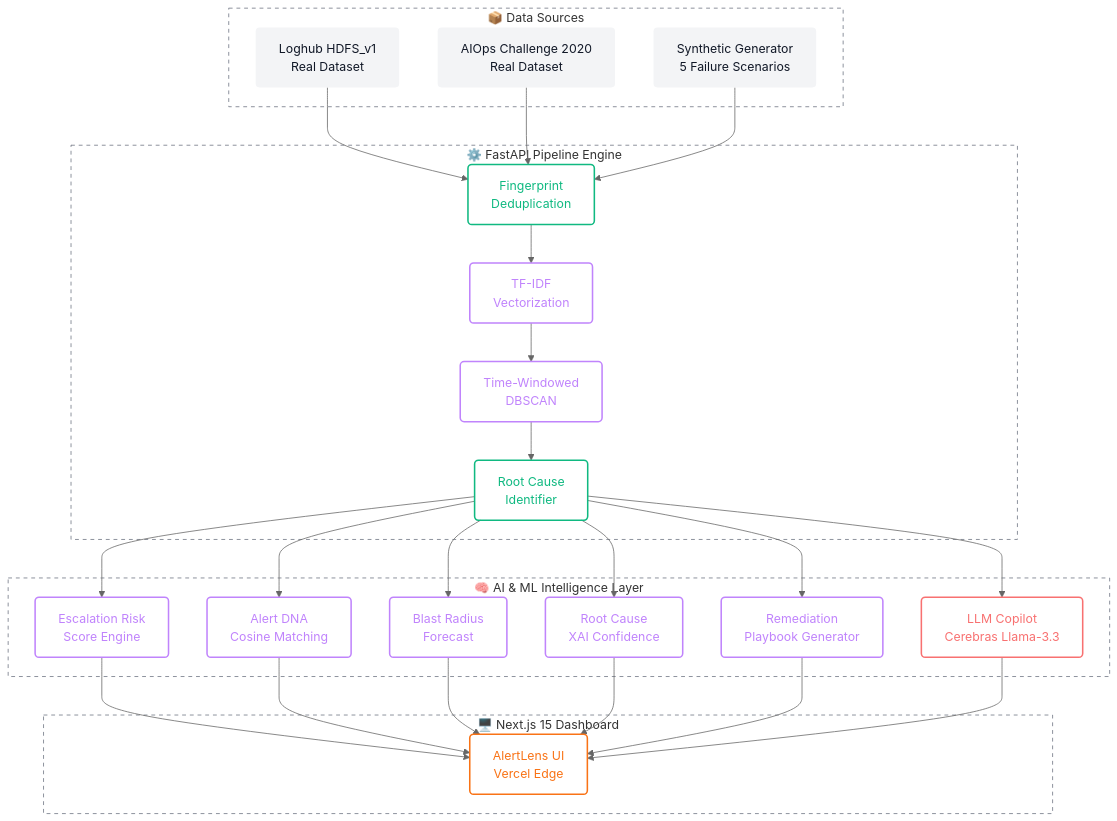
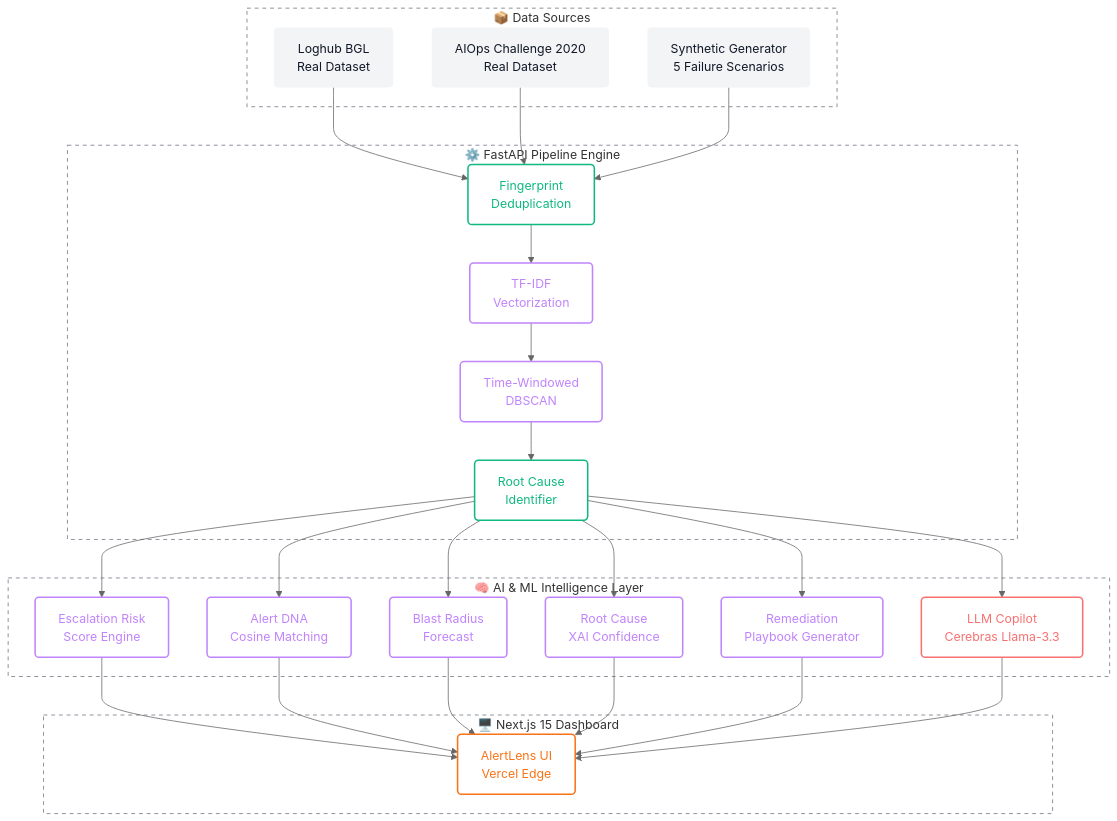
One commit to Aditya0105singh/HPE--HACKATHON-ALERT-CORRELATION-DEDUPLICATION changed the diagram in README.md. Above: the diagram before and after it, drawn with Mermaid (neutral theme). The commit also changed other lines of this file and 10 other files, not shown here.

First line of the commit message:
Remove the Loghub HDFS dataset (superseded by Loghub BGL)

````diff
--- a/README.md
+++ b/README.md
@@ -149,61 +149,61 @@
 ```mermaid
 graph TD
     classDef frontend fill:none,stroke:#f97316,stroke-width:2px,color:#f97316,rx:5,ry:5
     classDef backend fill:none,stroke:#10b981,stroke-width:2px,color:#10b981,rx:5,ry:5
     classDef ml fill:none,stroke:#c084fc,stroke-width:2px,color:#c084fc,rx:5,ry:5
     classDef ai fill:none,stroke:#f87171,stroke-width:2px,color:#f87171,rx:5,ry:5
     classDef external fill:#f3f4f6,stroke:none,color:#111827,rx:5,ry:5
 
     subgraph Data ["📦 Data Sources"]
-        Loghub["Loghub HDFS_v1<br>Real Dataset"]:::external
+        Loghub["Loghub BGL<br>Real Dataset"]:::external
         AIOps["AIOps Challenge 2020<br>Real Dataset"]:::external
         Gen["Synthetic Generator<br>5 Failure Scenarios"]:::external
     end
 
     subgraph Backend ["⚙️ FastAPI Pipeline Engine"]
         Dedup["Fingerprint<br>Deduplication"]:::backend
         Embed["TF-IDF<br>Vectorization"]:::ml
         Cluster["Time-Windowed<br>DBSCAN"]:::ml
         RootCause["Root Cause<br>Identifier"]:::backend
 
         Dedup --> Embed
         Embed --> Cluster
         Cluster --> RootCause
     end
 
     subgraph Intelligence ["🧠 AI & ML Intelligence Layer"]
         RiskScore["Escalation Risk<br>Score Engine"]:::ml
         DNA["Alert DNA<br>Cosine Matching"]:::ml
         Forecast["Blast Radius<br>Forecast"]:::ml
         RCAConfidence["Root Cause<br>XAI Confidence"]:::ml
         Playbook["Remediation<br>Playbook Generator"]:::ml
         Summarizer["LLM Copilot<br>Cerebras Llama-3.3"]:::ai
     end
 
     subgraph Frontend ["🖥️ Next.js 15 Dashboard"]
         Dashboard["AlertLens UI<br>Vercel Edge"]:::frontend
     end
 
     Loghub --> Dedup
     AIOps --> Dedup
     Gen --> Dedup
 
     RootCause --> RiskScore
     RootCause --> DNA
     RootCause --> Forecast
     RootCause --> RCAConfidence
     RootCause --> Playbook
     RootCause --> Summarizer
 
     RiskScore --> Dashboard
     DNA --> Dashboard
     Forecast --> Dashboard
     RCAConfidence --> Dashboard
     Playbook --> Dashboard
     Summarizer --> Dashboard
 
     style Data fill:none,stroke:#6b7280,stroke-width:1px,stroke-dasharray: 5 5
     style Backend fill:none,stroke:#6b7280,stroke-width:1px,stroke-dasharray: 5 5
     style Intelligence fill:none,stroke:#6b7280,stroke-width:1px,stroke-dasharray: 5 5
     style Frontend fill:none,stroke:#6b7280,stroke-width:1px,stroke-dasharray: 5 5
 ```
````
